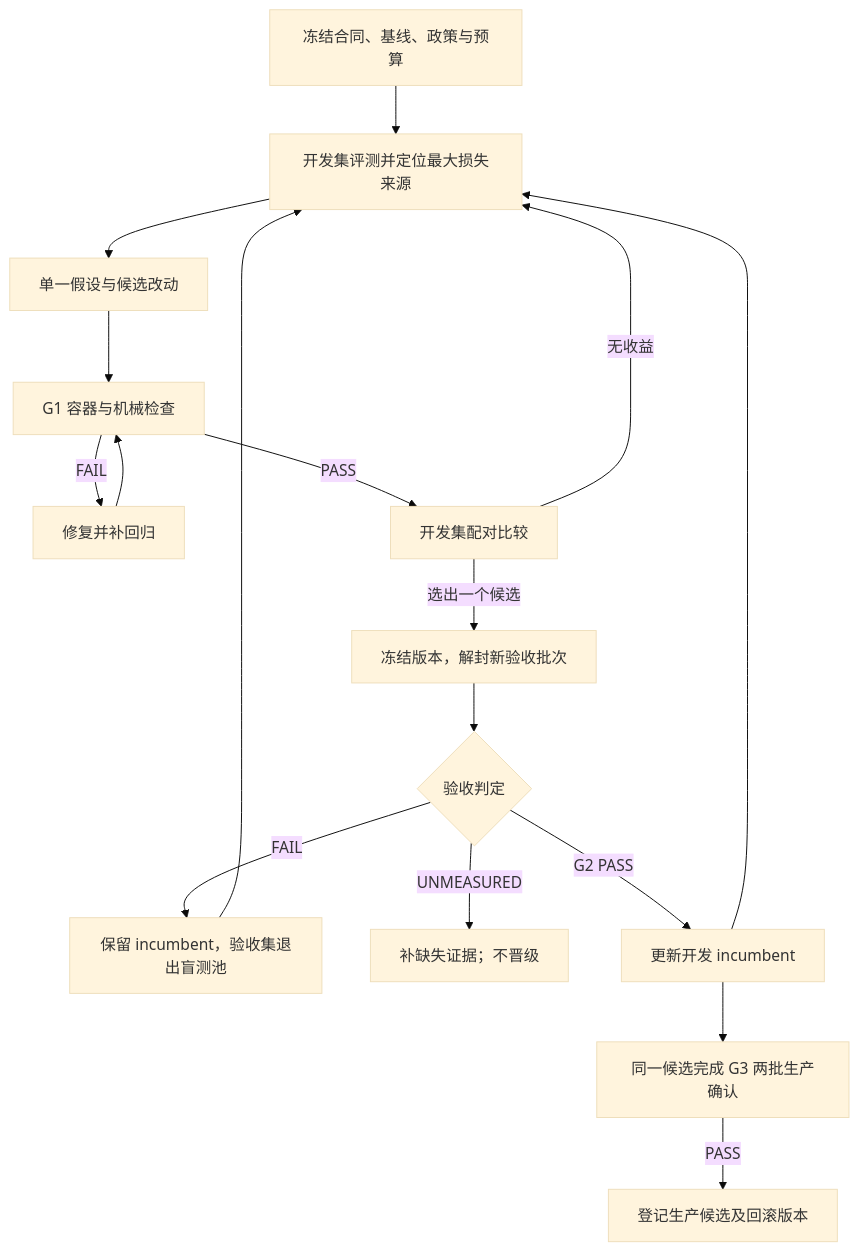
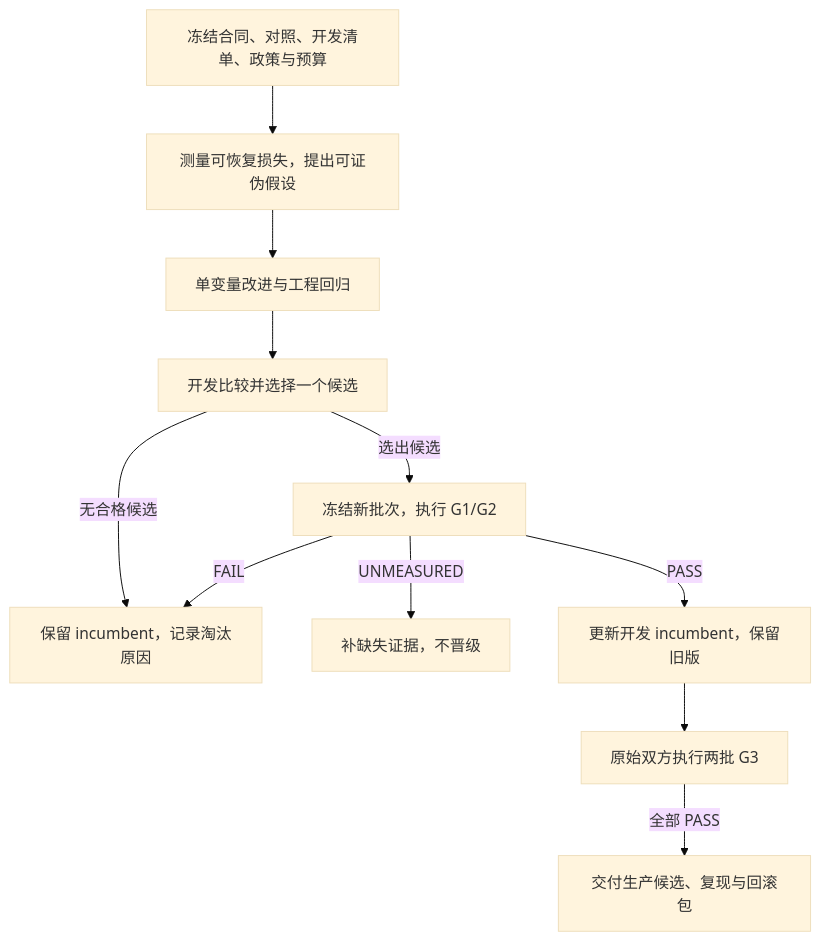
The diagram in docs/CHAMPIONSHIP-PLAN.md (youxuanxue/track4-analysis-public), drawn with Mermaid (base theme) before and after one commit. The commit also changed other lines of this file and 6 other files, not shown here.

````diff
--- a/docs/CHAMPIONSHIP-PLAN.md
+++ b/docs/CHAMPIONSHIP-PLAN.md
@@ -94,19 +52,13 @@
 ```mermaid
 flowchart TD
-    A[冻结合同、基线、政策与预算] --> B[开发集评测并定位最大损失来源]
-    B --> C[单一假设与候选改动]
-    C --> D[G1 容器与机械检查]
-    D -->|FAIL| E[修复并补回归]
-    E --> D
-    D -->|PASS| F[开发集配对比较]
-    F -->|无收益| B
-    F -->|选出一个候选| G[冻结版本，解封新验收批次]
-    G --> H{验收判定}
-    H -->|FAIL| I[保留 incumbent，验收集退出盲测池]
-    I --> B
-    H -->|UNMEASURED| J[补缺失证据；不晋级]
-    H -->|G2 PASS| K[更新开发 incumbent]
-    K --> B
-    K --> L[同一候选完成 G3 两批生产确认]
-    L -->|PASS| M[登记生产候选及回滚版本]
+    A[冻结合同、对照、开发清单、政策与预算] --> B[测量可恢复损失，提出可证伪假设]
+    B --> C[单变量改进与工程回归]
+    C --> D[开发比较并选择一个候选]
+    D -->|无合格候选| E[保留 incumbent，记录淘汰原因]
+    D -->|选出候选| F[冻结新批次，执行 G1/G2]
+    F -->|FAIL| E
+    F -->|UNMEASURED| G[补缺失证据，不晋级]
+    F -->|PASS| H[更新开发 incumbent，保留旧版]
+    H --> I[原始双方执行两批 G3]
+    I -->|全部 PASS| J[交付生产候选、复现与回滚包]
 ```
````
